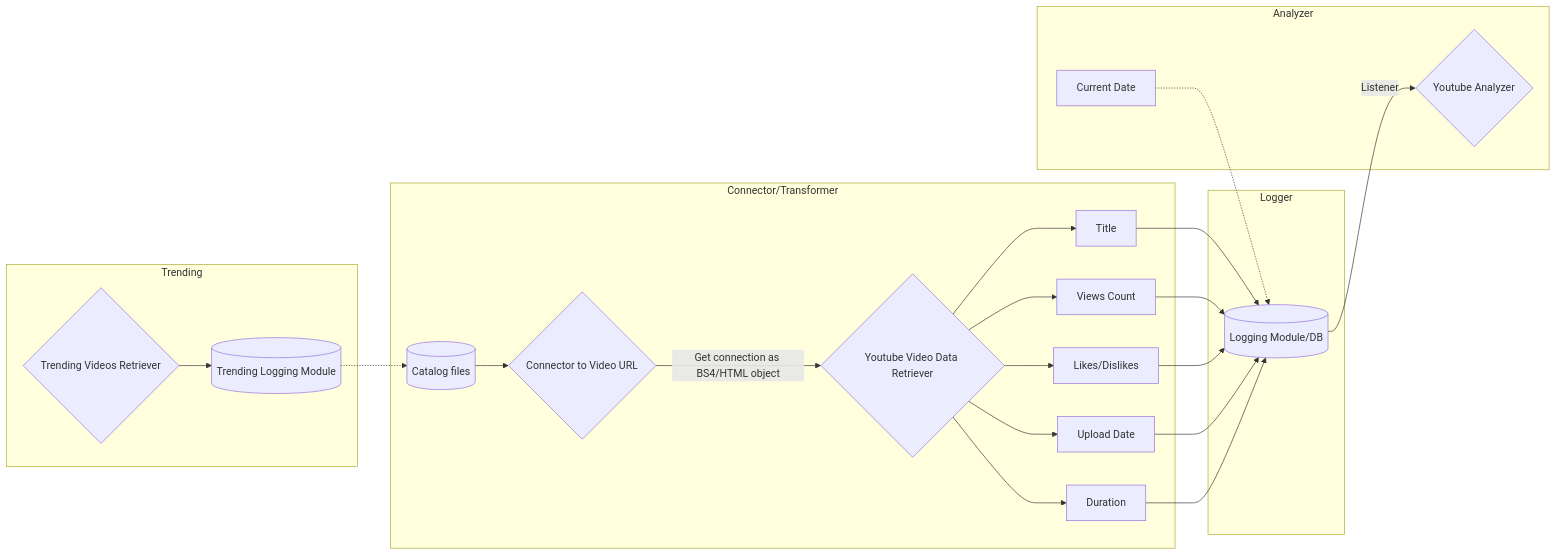
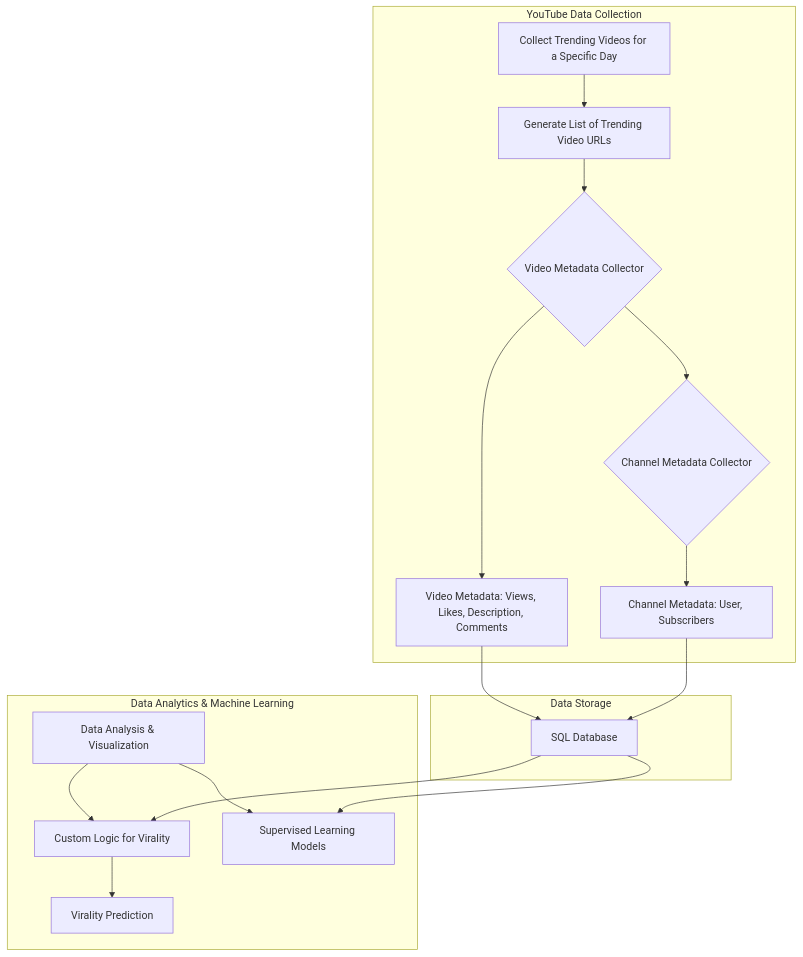
Before and after one commit to gpsyrou/tube-virality: the diagram in README.md, drawn with Mermaid. The commit also changed other lines of this file, not shown here.

````diff
--- a/README.md
+++ b/README.md
@@ -48,28 +59,29 @@
 ```mermaid
-graph   LR
-    subgraph Connector/Transformer
-    A1[(Catalog files)] --> A{Connector to Video URL}
-    A{Connector to Video URL} -->|Get connection as BS4/HTML object| B{Youtube Video Data Retriever}
-    
-    B --> D[Title]
-    B --> F[Views Count]
-    B --> E[Likes/Dislikes]
-    B --> G[Upload Date]
-    B --> H[Duration]
-    end
-    subgraph Logger
-    D --> I[(Logger)]
-    F --> I[(Logger)]
-    E --> I[(Logger)]
-    G --> I[(Logger)]  
-    H --> I[(Logger)]  
-    end
-    subgraph Analyzer
-    J[Current Date] -.-> I[(Logger)]
-    I[(Logging Module/DB)] --> |Listener| K{Youtube Analyzer}
-    end
-    subgraph Trending
-    L{Trending Videos Retriever} --> M[(Trending Logging Module)]
-    M[(Trending Logging Module)] -.-> A1[(Catalog files)] 
-    end
+graph TD;
+
+subgraph YouTube Data Collection
+    A1[Collect Trending Videos for a Specific Day] --> A2[Generate List of Trending Video URLs]
+    A2 --> B{Video Metadata Collector}
+    B --> C[Video Metadata: Views, Likes, Description, Comments]
+    B --> D{Channel Metadata Collector}
+    D --> E[Channel Metadata: User, Subscribers]
+end
+
+subgraph Data Storage
+    F[SQL Database]
+    C --> F
+    E --> F
+end
+
+subgraph Data Analytics & Machine Learning
+    G[Data Analysis & Visualization]
+    H[Custom Logic for Virality]
+    I[Supervised Learning Models]
+    G --> H
+    G --> I
+    F --> H
+    F --> I
+    H --> J[Virality Prediction]
+end
+
 ```
````
